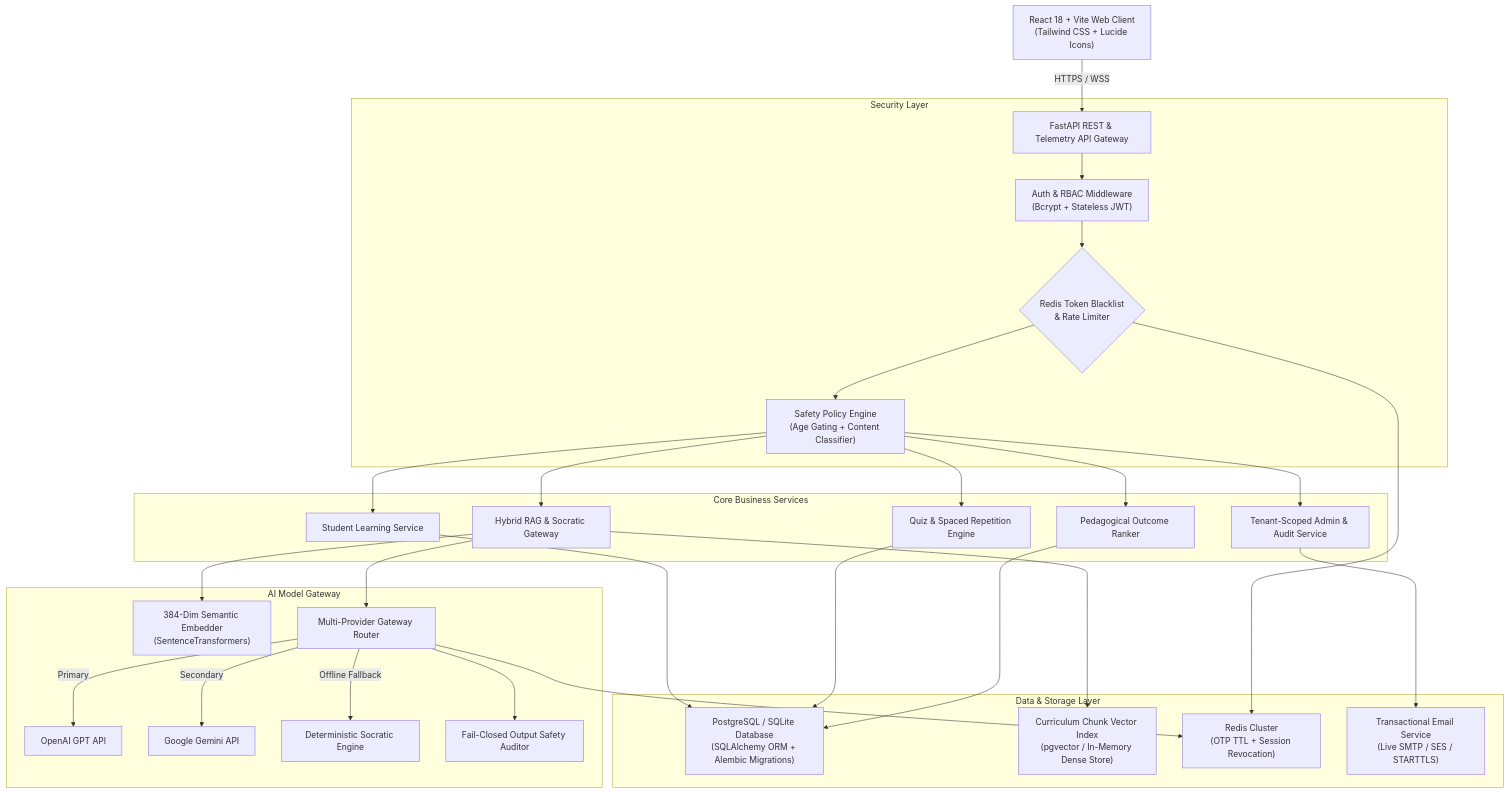
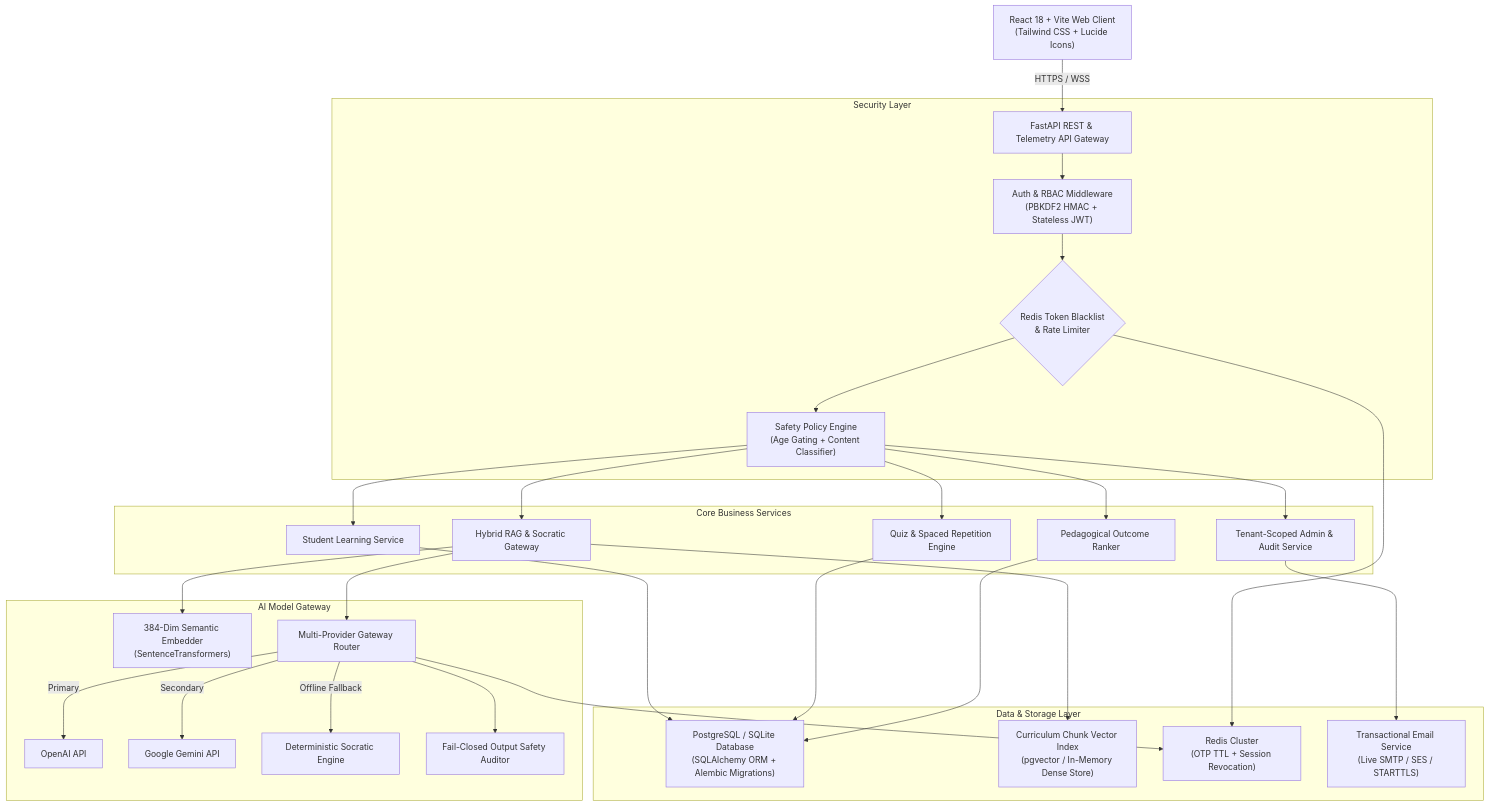
Before and after one commit to rehan0018/Edufeedia: the diagram in README.md, drawn with Mermaid. The commit also changed other lines of this file and 22 other files, not shown here.

````diff
--- a/README.md
+++ b/README.md
@@ -77,34 +63,43 @@
 ```mermaid
 flowchart TD
-    Client["React 18 + Vite Web Client\n(Tailwind CSS + Lucide Icons)"] -->|HTTPS / WSS| Gateway["FastAPI REST & Telemetry API Gateway"]
+    Client["React 18 + Vite Web Client
+(Tailwind CSS + Lucide Icons)"] -->|HTTPS / WSS| Gateway["FastAPI REST & Telemetry API Gateway"]
 
     subgraph Security Layer
-        Gateway --> Auth["Auth & RBAC Middleware\n(Bcrypt + Stateless JWT)"]
-        Auth --> Blacklist{"Redis Token Blacklist\n& Rate Limiter"}
-        Blacklist --> PolicyEngine["Safety Policy Engine\n(Age Gating + Content Classifier)"]
+        Gateway --> Auth["Auth & RBAC Middleware
+(PBKDF2 HMAC + Stateless JWT)"]
+        Auth --> Blacklist{"Redis Token Blacklist
+& Rate Limiter"}
+        Blacklist --> PolicyEngine["Safety Policy Engine
+(Age Gating + Content Classifier)"]
     end
 
     subgraph Core Business Services
         PolicyEngine --> StudentSvc["Student Learning Service"]
         PolicyEngine --> QuizSvc["Quiz & Spaced Repetition Engine"]
         PolicyEngine --> RAGSvc["Hybrid RAG & Socratic Gateway"]
         PolicyEngine --> RecSvc["Pedagogical Outcome Ranker"]
         PolicyEngine --> AdminSvc["Tenant-Scoped Admin & Audit Service"]
     end
 
     subgraph AI Model Gateway
-        RAGSvc --> Embedder["384-Dim Semantic Embedder\n(SentenceTransformers)"]
+        RAGSvc --> Embedder["384-Dim Semantic Embedder
+(SentenceTransformers)"]
         RAGSvc --> ModelRouter["Multi-Provider Gateway Router"]
-        ModelRouter -->|Primary| OpenAI["OpenAI GPT API"]
+        ModelRouter -->|Primary| OpenAI["OpenAI API"]
         ModelRouter -->|Secondary| Gemini["Google Gemini API"]
         ModelRouter -->|Offline Fallback| LocalSocratic["Deterministic Socratic Engine"]
         ModelRouter --> OutputSafety["Fail-Closed Output Safety Auditor"]
     end
 
     subgraph Data & Storage Layer
-        StudentSvc & QuizSvc & RecSvc --> Postgres["PostgreSQL / SQLite Database\n(SQLAlchemy ORM + Alembic Migrations)"]
-        RAGSvc --> VectorStore["Curriculum Chunk Vector Index\n(pgvector / In-Memory Dense Store)"]
-        Blacklist & ModelRouter --> RedisCluster["Redis Cluster\n(OTP TTL + Session Revocation)"]
-        AdminSvc --> EmailDispatch["Transactional Email Service\n(Live SMTP / SES / STARTTLS)"]
+        StudentSvc & QuizSvc & RecSvc --> Postgres["PostgreSQL / SQLite Database
+(SQLAlchemy ORM + Alembic Migrations)"]
+        RAGSvc --> VectorStore["Curriculum Chunk Vector Index
+(pgvector / In-Memory Dense Store)"]
+        Blacklist & ModelRouter --> RedisCluster["Redis Cluster
+(OTP TTL + Session Revocation)"]
+        AdminSvc --> EmailDispatch["Transactional Email Service
+(Live SMTP / SES / STARTTLS)"]
     end
 ```
````
